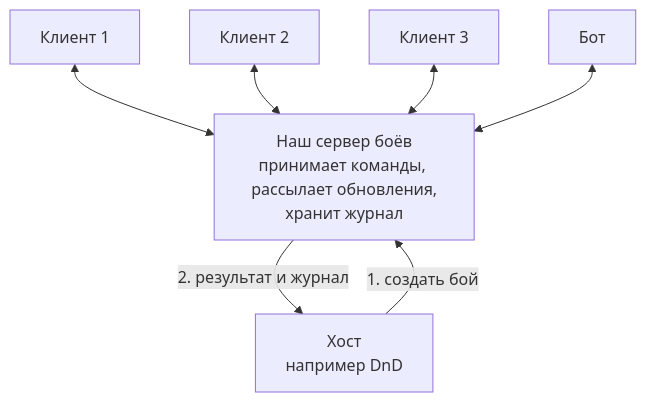
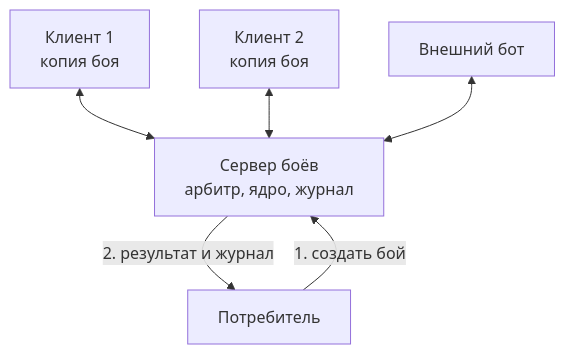
The second of 2 diagrams in docs/architecture/README.md (LinKav20/Heroes2dBattleGame), drawn with Mermaid before and after one commit. The commit also changed other lines of this file and 61 other files, not shown here.

````diff
--- a/docs/architecture/README.md
+++ b/docs/architecture/README.md
@@ -38,15 +54,13 @@
 ```mermaid
 flowchart TB
-  C1["Клиент 1"]
-  C2["Клиент 2"]
-  C3["Клиент 3"]
-  BOT["Бот"]
-  SRV["Наш сервер боёв<br/>принимает команды, рассылает обновления,<br/>хранит журнал"]
-  HOST["Хост<br/>например DnD"]
-  C1 <--> SRV
-  C2 <--> SRV
-  C3 <--> SRV
-  BOT <--> SRV
-  HOST -- "1. создать бой" --> SRV
-  SRV -- "2. результат и журнал" --> HOST
+  C1["Клиент 1<br/>копия боя"]
+  C2["Клиент 2<br/>копия боя"]
+  BOT["Внешний бот"]
+  ARB["Сервер боёв<br/>арбитр, ядро, журнал"]
+  HOST["Потребитель"]
+  C1 <--> ARB
+  C2 <--> ARB
+  BOT <--> ARB
+  HOST -- "1. создать бой" --> ARB
+  ARB -- "2. результат и журнал" --> HOST
 ```
````
